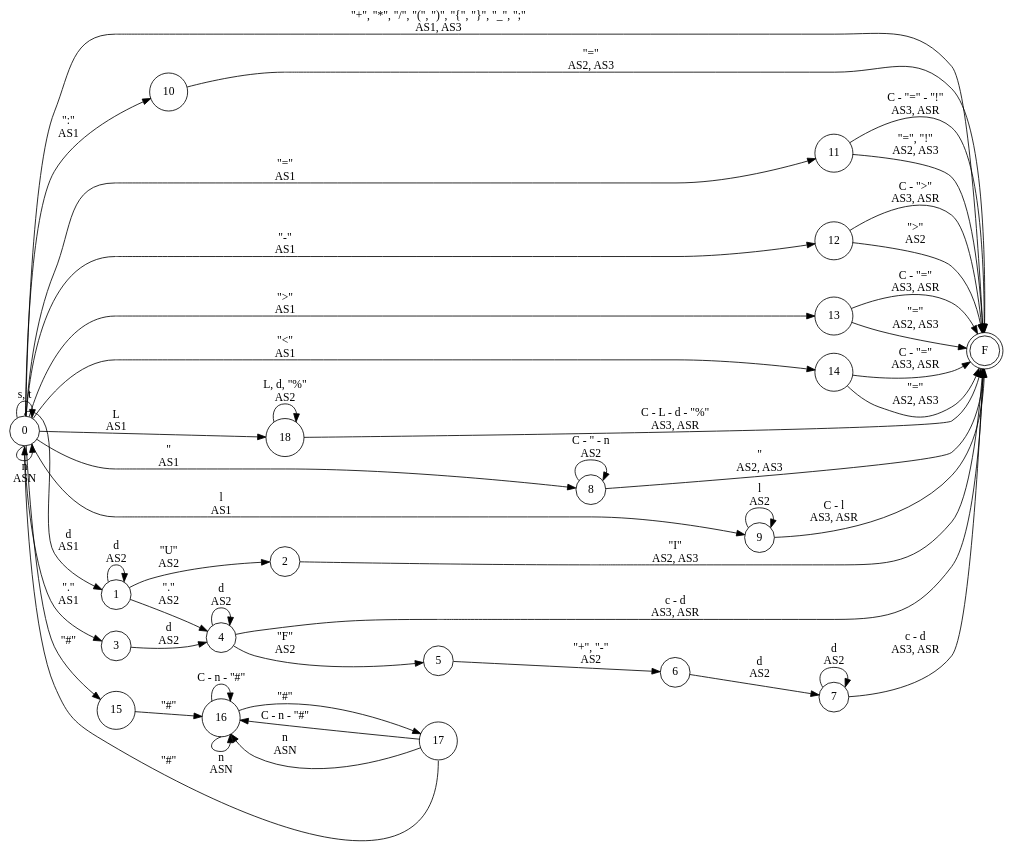
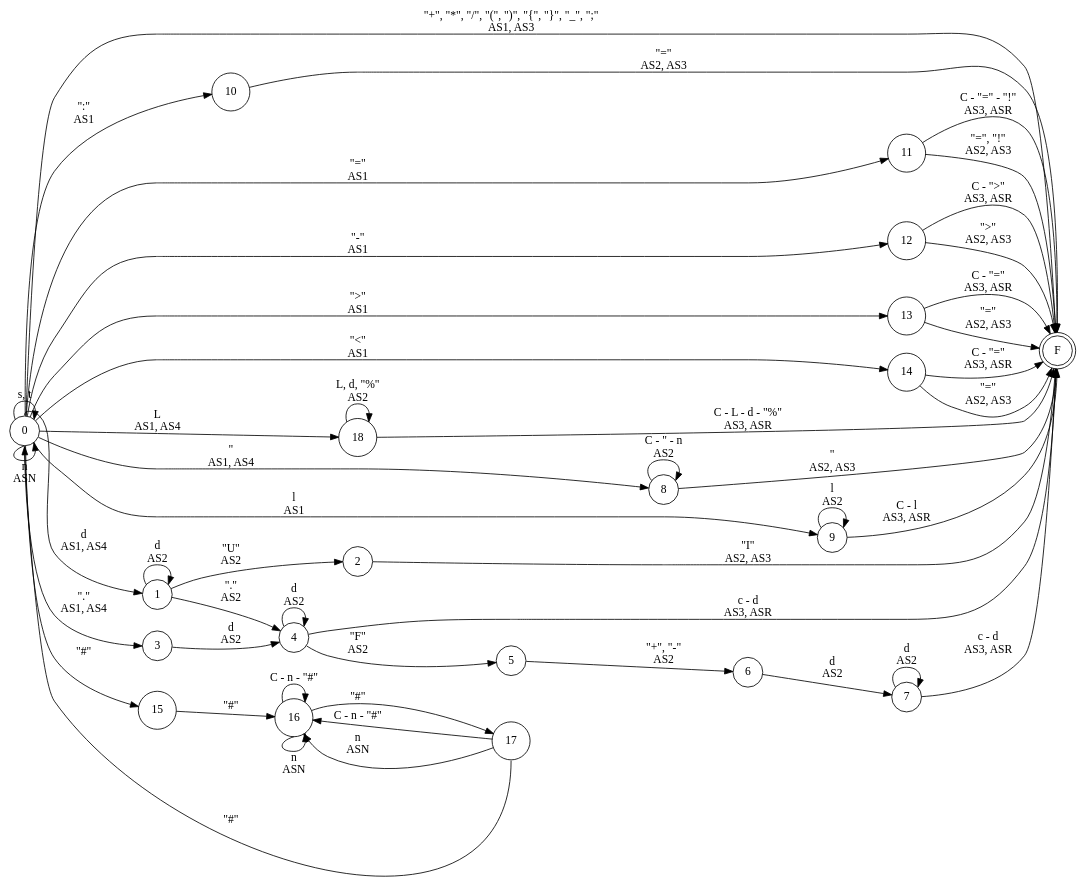
One commit to iroumec/RouVel-Compiler changed the diagram in resources/FA/FA.dot. Above: the diagram before and after it, drawn with Graphviz. The commit also changed 12 other files, not shown here.

```diff
--- a/resources/FA/FA.dot
+++ b/resources/FA/FA.dot
@@ -1,57 +1,57 @@
 digraph DFA {
     // Layout.
     rankdir = LR;
     // Estados normales.
     node [shape = circle;];
     // Estado de aceptación.
     F [shape = doublecircle;];
     
     0 -> 0 [label = "n \n ASN"; tailport = s;];
     0 -> 0 [label = "s, t";];
     0 -> 10 [label = "\":\" \n AS1";];
     0 -> 11 [label = "\"=\" \n AS1";];
     0 -> 12 [label = "\"-\" \n AS1";];
     0 -> 13 [label = "\">\" \n AS1";];
     0 -> 14 [label = "\"<\" \n AS1";];
     0 -> 15 [label = "\"#\"";];
-    0 -> 18 [label = "L \n AS1";];
-    0 -> 1 [label = "d \n AS1"; tailport = n;];
-    0 -> 3 [label = "\".\" \n AS1"; tailport = s;];
-    0 -> 8 [label = "\" \n AS1";];
+    0 -> 18 [label = "L \n AS1, AS4";];
+    0 -> 1 [label = "d \n AS1, AS4"; tailport = n;];
+    0 -> 3 [label = "\".\" \n AS1, AS4"; tailport = s;];
+    0 -> 8 [label = "\" \n AS1, AS4";];
     0 -> 9 [label = "l \n AS1";];
     0 -> F [label = "\"+\", \"*\", \"/\", \"(\", \")\", \"{\", \"}\", \"_\", \";\" \n AS1, AS3";];
     1 -> 1 [label = "d \n AS2";];
     1 -> 2 [label = "\"U\" \n AS2";];
     1 -> 4 [label = "\".\" \n AS2";];
     2 -> F [label = "\"I\" \n AS2, AS3";];
     3 -> 4 [label = "d \n AS2";];
     4 -> 4 [label = "d \n AS2";];
     4 -> 5 [label = "\"F\" \n AS2";];
     4 -> F [label = "c - d \n AS3, ASR";];
     5 -> 6 [label = "\"+\", \"-\" \n AS2";];
     6 -> 7 [label = "d \n AS2";];
     7 -> 7 [label = "d \n AS2";];
     7 -> F [label = "c - d \n AS3, ASR";];
     8 -> 8 [label = "C - \" - n \n AS2";];
     8 -> F [label = "\" \n AS2, AS3";];
     9 -> 9 [label = "l \n AS2";];
     9 -> F [label = "C - l \n AS3, ASR";];
     10 -> F [label = "\"=\" \n AS2, AS3";];
     11 -> F [label = "C - \"=\" - \"!\" \n AS3, ASR";];
     11 -> F [label = "\"=\", \"!\" \n AS2, AS3";];
     12 -> F [label = "C - \">\" \n AS3, ASR";];
-    12 -> F [label = "\">\" \n AS2";];
+    12 -> F [label = "\">\" \n AS2, AS3";];
     13 -> F [label = "C - \"=\" \n AS3, ASR";];
     13 -> F [label = "\"=\" \n AS2, AS3";];
     14 -> F [label = "C - \"=\" \n AS3, ASR";];
     14 -> F [label = "\"=\" \n AS2, AS3";];
     15 -> 16 [label = "\"#\"";];
     16 -> 16 [label = "C - n - \"#\"";];
     16 -> 16 [label = "n \n ASN"; tailport = s;];
     16 -> 17 [label = "\"#\"";];
     17 -> 0 [label = "\"#\""; headport = s; tailport = s;];
     17 -> 16 [label = "C - n - \"#\"";];
     17 -> 16 [label = "n \n ASN";];
     18 -> 18 [label = "L, d, \"%\"\nAS2";];
     18 -> F [label = "C - L - d - \"%\"\nAS3, ASR";];
 }
```
